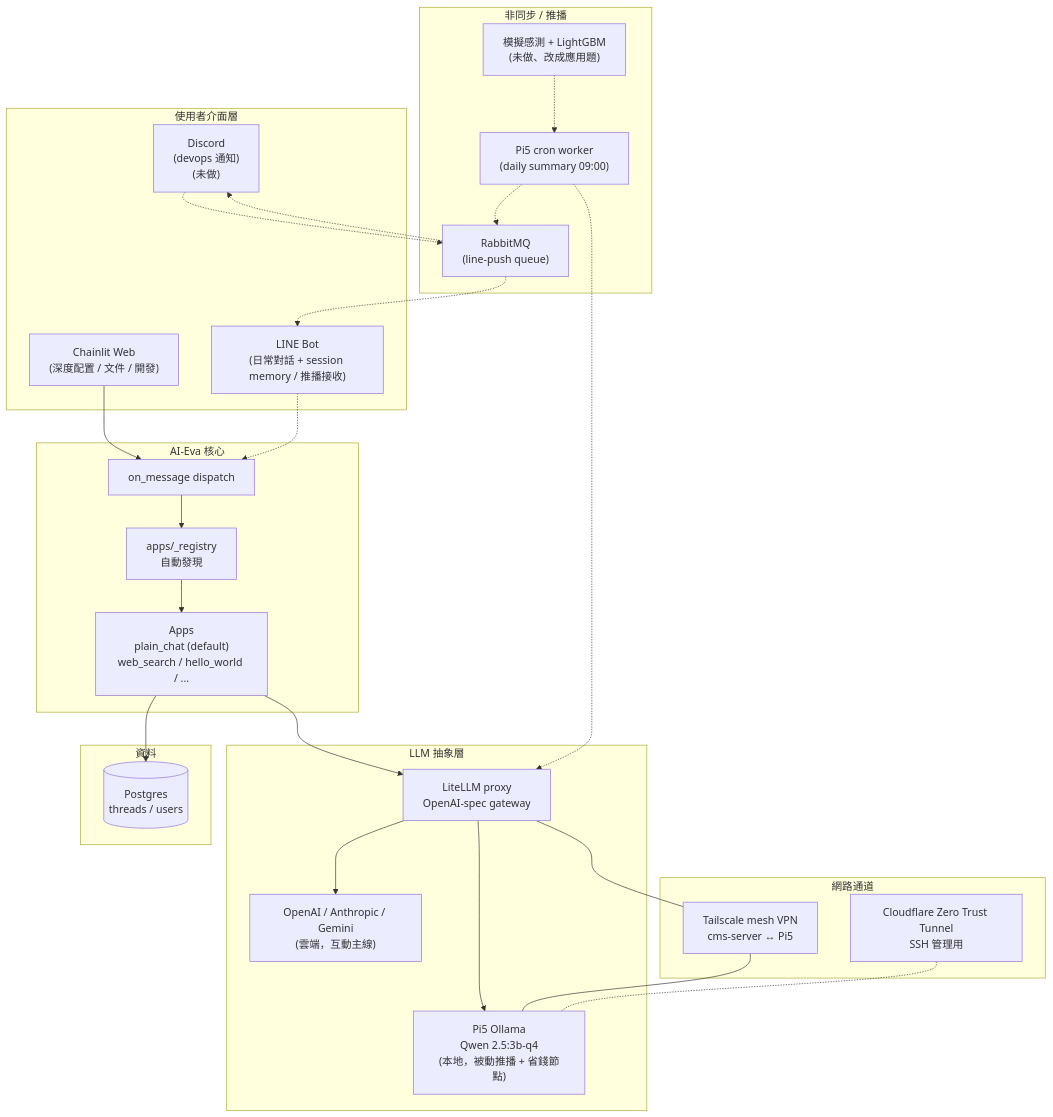
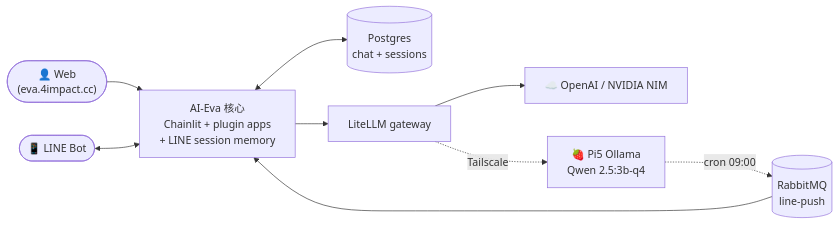
The diagram in README.md (towNingtek/ai-eva), drawn with Mermaid before and after one commit. The commit also changed other lines of this file, not shown here.

Commit message:
docs: 系統架構圖瘦身 — 5 subgraph LR、砍掉散亂子圖
GitHub dark mode 看原版散亂、子圖到處散、連結交錯。
重寫成單條 LR 主線：

  Web/LINE → Eva → LiteLLM → Cloud/Pi5
                              Pi5 → cron → RMQ → Eva (push)

砍掉 Discord / Sim / CF Tunnel 等未啟用 / 管理面節點（管理面
資訊獨立放 docs/admin-hub.md）。

````diff
--- a/README.md
+++ b/README.md
@@ -13,57 +13,15 @@
 ```mermaid
-%%{init: {'theme': 'default', 'themeVariables': {'background': '#ffffff'}}}%%
-flowchart TB
-    subgraph Surface["使用者介面層"]
-        Web["Chainlit Web<br/>(深度配置 / 文件 / 開發)"]
-        LINE["LINE Bot<br/>(日常對話 + session memory / 推播接收)"]
-        Discord["Discord<br/>(devops 通知)<br/>(未做)"]
-    end
+flowchart LR
+    Web(["👤 Web<br/>(eva.4impact.cc)"]) --> Eva
+    LINE(["📱 LINE Bot"]) <--> Eva
 
-    subgraph Eva["AI-Eva 核心"]
-        Dispatch["on_message dispatch"]
-        Registry["apps/_registry<br/>自動發現"]
-        Apps["Apps<br/>plain_chat (default)<br/>web_search / hello_world / ..."]
-    end
+    Eva["AI-Eva 核心<br/>Chainlit + plugin apps<br/>+ LINE session memory"]
+    Eva <--> PG[("Postgres<br/>chat + sessions")]
+    Eva --> LiteLLM["LiteLLM gateway"]
 
-    subgraph LLM["LLM 抽象層"]
-        LiteLLM["LiteLLM proxy<br/>OpenAI-spec gateway"]
-        OpenAI["OpenAI / Anthropic / Gemini<br/>(雲端，互動主線)"]
-        PiLLM["Pi5 Ollama<br/>Qwen 2.5:3b-q4<br/>(本地，被動推播 + 省錢節點)"]
-    end
+    LiteLLM --> Cloud["☁️ OpenAI / NVIDIA NIM"]
+    LiteLLM -. Tailscale .-> Pi5["🍓 Pi5 Ollama<br/>Qwen 2.5:3b-q4"]
 
-    subgraph Net["網路通道"]
-        Tailscale["Tailscale mesh VPN<br/>cms-server ↔ Pi5"]
-        CFTunnel["Cloudflare Zero Trust Tunnel<br/>SSH 管理用"]
-    end
-
-    subgraph Async["非同步 / 推播"]
-        RMQ["RabbitMQ<br/>(line-push queue)"]
-        Cron["Pi5 cron worker<br/>(daily summary 09:00)"]
-        Sim["模擬感測 + LightGBM<br/>(未做、改成應用題)"]
-    end
-
-    subgraph Store["資料"]
-        PG[(Postgres<br/>threads / users)]
-    end
-
-    Web --> Dispatch
-    LINE -.-> Dispatch
-    Discord -.-> RMQ
-
-    Dispatch --> Registry --> Apps
-    Apps --> LiteLLM
-    LiteLLM --> OpenAI
-    LiteLLM --> PiLLM
-    LiteLLM --- Tailscale
-    Tailscale --- PiLLM
-
-    Apps --> PG
-
-    Sim -.-> Cron
-    Cron -.-> LiteLLM
-    Cron -.-> RMQ
-    RMQ -.-> LINE
-    RMQ -.-> Discord
-
-    CFTunnel -.- PiLLM
+    Pi5 -. cron 09:00 .-> RMQ[("RabbitMQ<br/>line-push")]
+    RMQ --> Eva
 ```
````
